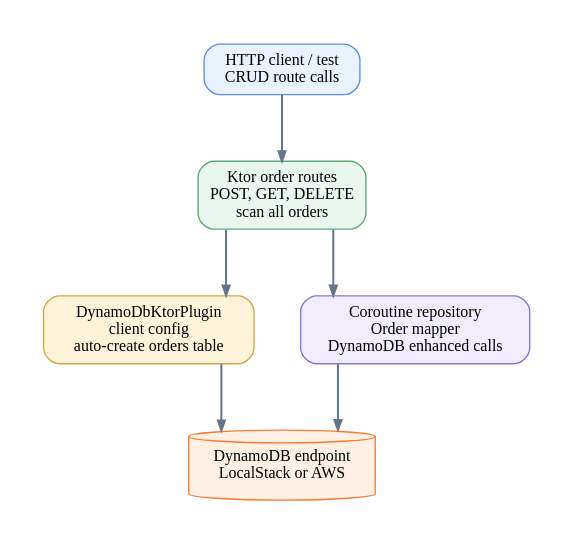
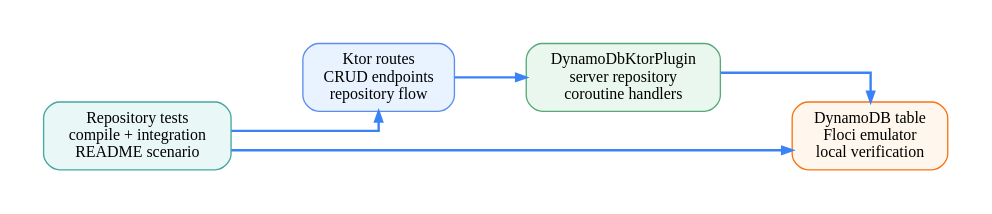
The diagram in docs/images/readme-diagrams/examples-aws-ktor-dynamodb-examples-architecture-01.dot (bluetape4k/bluetape4k-aws), drawn with Graphviz before and after one commit. The commit also changed 305 other files, not shown here.

First line of the commit message:
docs: rebuild README diagrams from source evidence

```diff
--- a/docs/images/readme-diagrams/examples-aws-ktor-dynamodb-examples-architecture-01.dot
+++ b/docs/images/readme-diagrams/examples-aws-ktor-dynamodb-examples-architecture-01.dot
@@ -1,15 +1,13 @@
-digraph examples_aws_ktor_dynamodb_examples_architecture_01 {
-  graph [rankdir=TB, bgcolor="#ffffff", pad=0.35, nodesep=0.48, ranksep=0.70, splines=ortho]
+digraph G {
+  graph [rankdir=LR, bgcolor="#ffffff", pad=0.35, nodesep=0.55, ranksep=0.75, splines=ortho]
   node [shape=box, style="rounded,filled", fontname="Architects Daughter", fontsize=12, margin="0.14,0.09", color="#94a3b8", fillcolor="#f8fafc"]
-  edge [fontname="Comic Mono", fontsize=10, color="#64748b", penwidth=1.5, arrowsize=0.75]
-  client [label="HTTP client / test\nCRUD route calls", fillcolor="#E8F3FF", color="#5B8DEF"]
-  routes [label="Ktor order routes\nPOST, GET, DELETE\nscan all orders", fillcolor="#EAF7EF", color="#58A978"]
-  plugin [label="DynamoDbKtorPlugin\nclient config\nauto-create orders table", fillcolor="#FFF3D9", color="#D6A441"]
-  repo [label="Coroutine repository\nOrder mapper\nDynamoDB enhanced calls", fillcolor="#F1ECFF", color="#8A72D6"]
-  ddb [label="DynamoDB endpoint\nLocalStack or AWS", fillcolor="#FFF0E3", color="#F47B36", shape=cylinder]
-  client -> routes
-  routes -> plugin
-  routes -> repo
-  plugin -> ddb
-  repo -> ddb
+  edge [fontname="Comic Mono", fontsize=10, penwidth=1.8, arrowsize=0.75, color="#3B82F6"]
+  route [label="Ktor routes\nCRUD endpoints\nrepository flow", fillcolor="#E8F3FF", color="#5B8DEF"]
+  module [label="DynamoDbKtorPlugin\nserver repository\ncoroutine handlers", fillcolor="#EAF7EF", color="#58A978"]
+  service [label="DynamoDB table\nFloci emulator\nlocal verification", fillcolor="#FFF7ED", color="#F97316"]
+  tests [label="Repository tests\ncompile + integration\nREADME scenario", fillcolor="#E9F7F6", color="#45A7A1"]
+  route -> module
+  module -> service
+  tests -> route
+  tests -> service
 }
```
